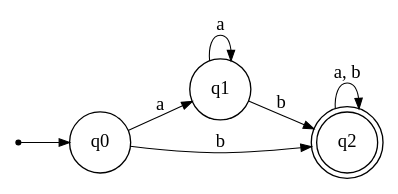
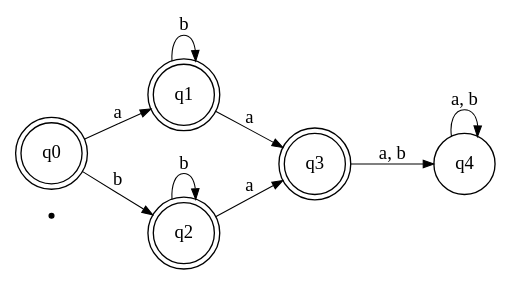
Before and after one commit to nicomercadoo/automata-interpreter: the diagram in output.dot, drawn with Graphviz. The commit also changed 12 other files, not shown here.

```diff
--- a/output.dot
+++ b/output.dot
@@ -1,19 +1,25 @@
 digraph {
     rankdir = LR;
     inic [shape = point];
     edge [arrowsize = 0.8, penwidth = 0.8];
     node [shape = circle];
 
-    // initial state
-    inic -> q0;
+    // start state
 
     // transitions
     q0 -> q1 [label = "a"];
     q0 -> q2 [label = "b"];
-    q1 -> q1 [label = "a"];
-    q1 -> q2 [label = "b"];
-    q2 -> q2 [label = "a, b"];
+    q1 -> q1 [label = "b"];
+    q1 -> q3 [label = "a"];
+    q2 -> q2 [label = "b"];
+    q2 -> q3 [label = "a"];
+    q3 -> q4 [label = "a, b"];
+    q4 -> q4 [label = "a, b"];
 
     // final states
+    q0 [shape = doublecircle];
+    q1 [shape = doublecircle];
     q2 [shape = doublecircle];
+    q3 [shape = doublecircle];
+
 }
```
